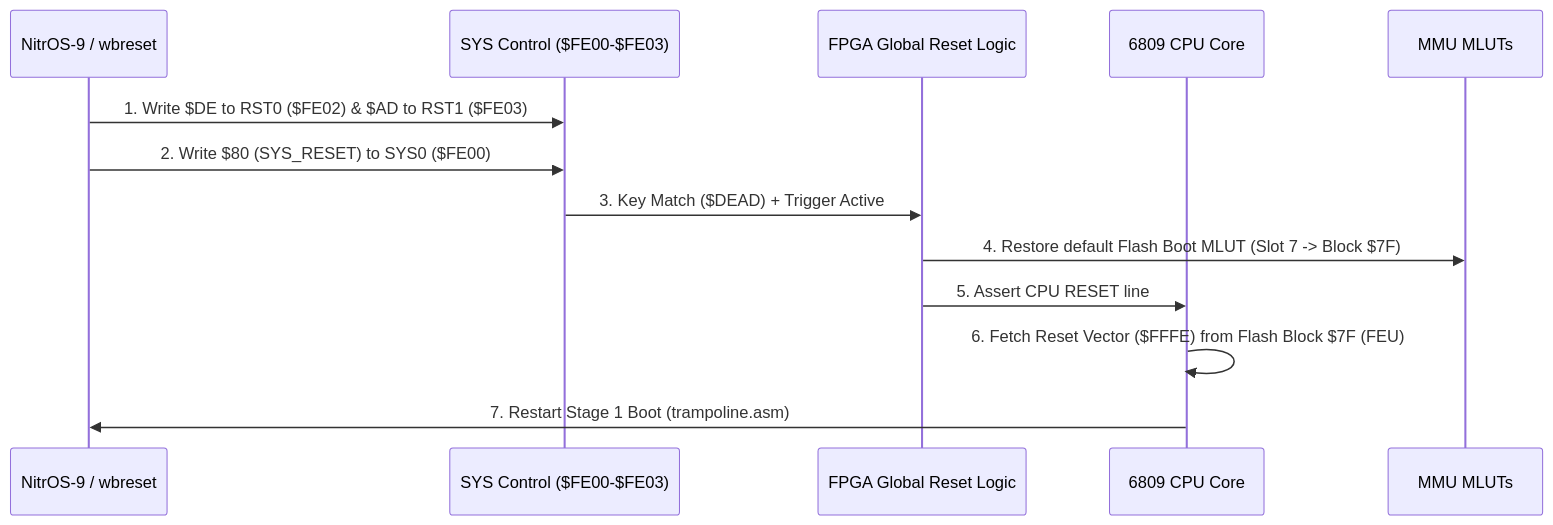
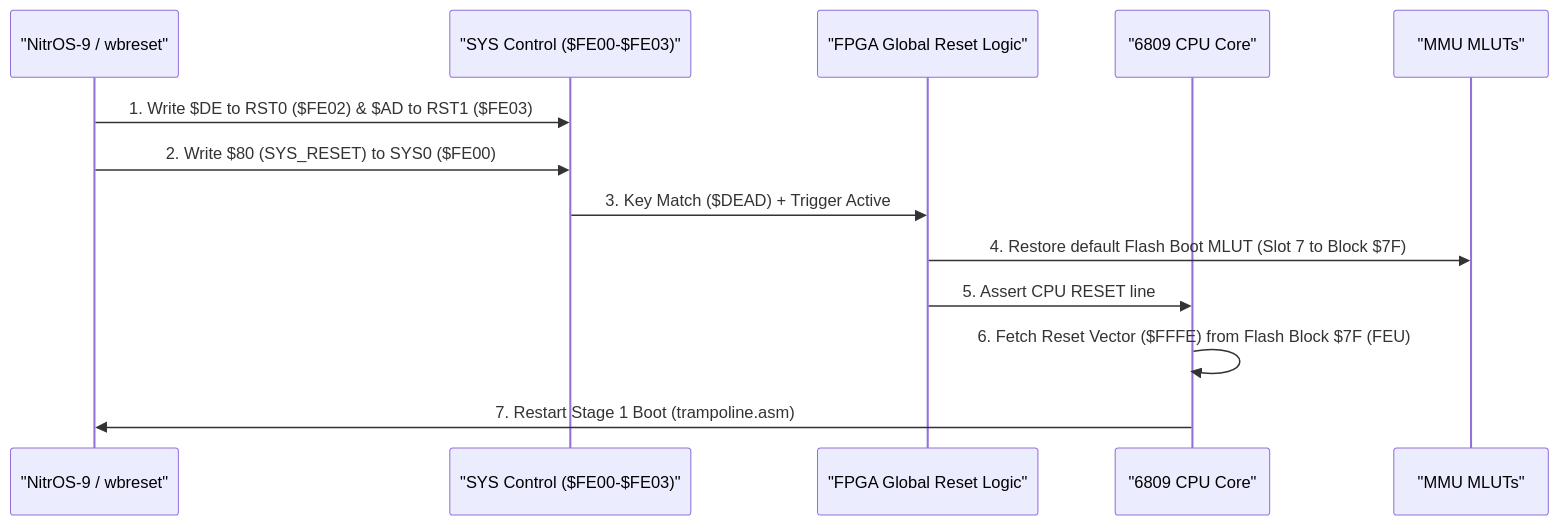
One commit to rlucente-retro/mame changed the fourth of 4 diagrams in WILDBITS_JR2_ARCHITECTURE.md. Above: the diagram before and after it, drawn with Mermaid. The commit also changed other lines of this file, not shown here.

Commit message:
docs: Format mermaid sequence diagram participants with quotes for strict compliance

````diff
--- a/WILDBITS_JR2_ARCHITECTURE.md
+++ b/WILDBITS_JR2_ARCHITECTURE.md
@@ -556,16 +556,16 @@
 ```mermaid
 sequenceDiagram
-    participant OS as NitrOS-9 / wbreset
-    participant SYS as SYS Control ($FE00-$FE03)
-    participant FPGA as FPGA Global Reset Logic
-    participant CPU as 6809 CPU Core
-    participant MMU as MMU MLUTs
+    participant OS as "NitrOS-9 / wbreset"
+    participant SYS as "SYS Control ($FE00-$FE03)"
+    participant FPGA as "FPGA Global Reset Logic"
+    participant CPU as "6809 CPU Core"
+    participant MMU as "MMU MLUTs"
 
     OS->>SYS: 1. Write $DE to RST0 ($FE02) & $AD to RST1 ($FE03)
     OS->>SYS: 2. Write $80 (SYS_RESET) to SYS0 ($FE00)
     SYS->>FPGA: 3. Key Match ($DEAD) + Trigger Active
-    FPGA->>MMU: 4. Restore default Flash Boot MLUT (Slot 7 -> Block $7F)
+    FPGA->>MMU: 4. Restore default Flash Boot MLUT (Slot 7 to Block $7F)
     FPGA->>CPU: 5. Assert CPU RESET line
     CPU->>CPU: 6. Fetch Reset Vector ($FFFE) from Flash Block $7F (FEU)
     CPU->>OS: 7. Restart Stage 1 Boot (trampoline.asm)
 ```
````
